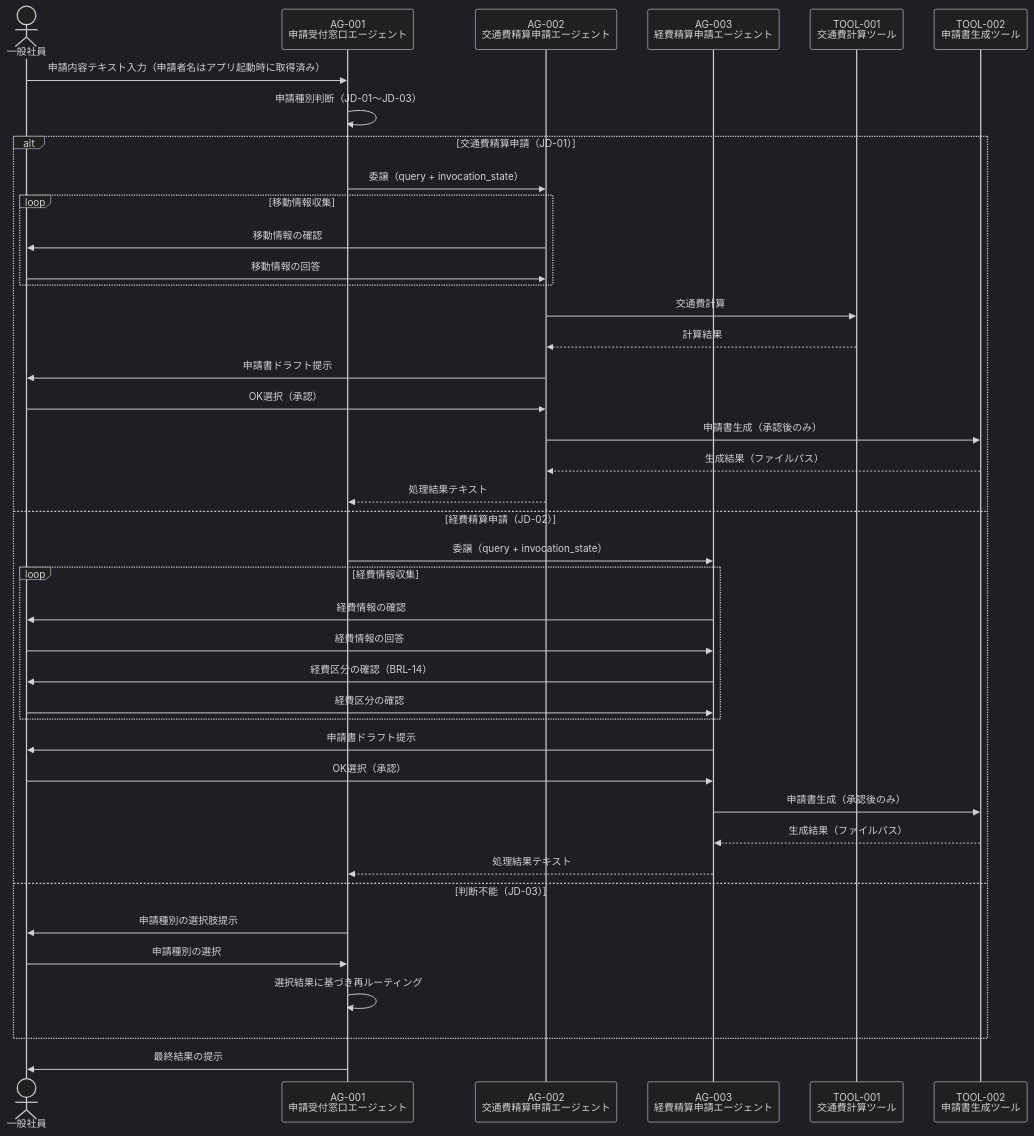
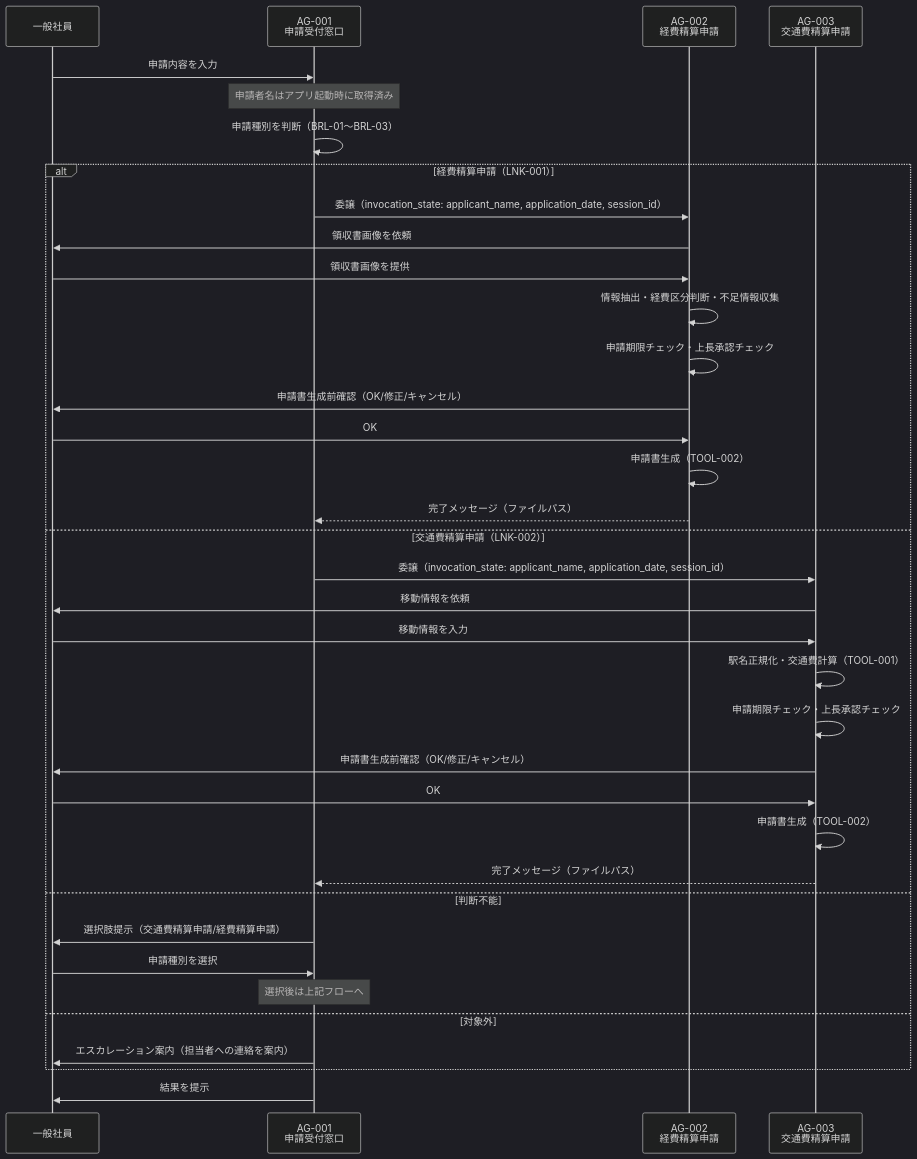
One commit to horii003/AIAgentBook changed the diagram in artifacts/03_system-design/outputs/マルチエージェント連携設計.md. Above: the diagram before and after it, drawn with Mermaid (dark theme). The commit also changed other lines of this file and 115 other files, not shown here.

````diff
--- a/artifacts/03_system-design/outputs/マルチエージェント連携設計.md
+++ b/artifacts/03_system-design/outputs/マルチエージェント連携設計.md
@@ -306,46 +320,40 @@
 ```mermaid
 sequenceDiagram
-    actor User as 一般社員
-    participant AG001 as AG-001<br/>申請受付窓口エージェント
-    participant AG002 as AG-002<br/>交通費精算申請エージェント
-    participant AG003 as AG-003<br/>経費精算申請エージェント
-    participant TOOL001 as TOOL-001<br/>交通費計算ツール
-    participant TOOL002 as TOOL-002<br/>申請書生成ツール
+    participant U as 一般社員
+    participant ORC as AG-001<br/>申請受付窓口
+    participant EXP as AG-002<br/>経費精算申請
+    participant TRV as AG-003<br/>交通費精算申請
 
-    User->>AG001: 申請内容テキスト入力（申請者名はアプリ起動時に取得済み）
-    AG001->>AG001: 申請種別判断（JD-01〜JD-03）
+    U->>ORC: 申請内容を入力
+    Note over ORC: 申請者名はアプリ起動時に取得済み
+    ORC->>ORC: 申請種別を判断（BRL-01〜BRL-03）
 
-    alt 交通費精算申請（JD-01）
-        AG001->>AG002: 委譲（query + invocation_state）
-        loop 移動情報収集
-            AG002->>User: 移動情報の確認
-            User->>AG002: 移動情報の回答
-        end
-        AG002->>TOOL001: 交通費計算
-        TOOL001-->>AG002: 計算結果
-        AG002->>User: 申請書ドラフト提示
-        User->>AG002: OK選択（承認）
-        AG002->>TOOL002: 申請書生成（承認後のみ）
-        TOOL002-->>AG002: 生成結果（ファイルパス）
-        AG002-->>AG001: 処理結果テキスト
-    else 経費精算申請（JD-02）
-        AG001->>AG003: 委譲（query + invocation_state）
-        loop 経費情報収集
-            AG003->>User: 経費情報の確認
-            User->>AG003: 経費情報の回答
-            AG003->>User: 経費区分の確認（BRL-14）
-            User->>AG003: 経費区分の確認
-        end
-        AG003->>User: 申請書ドラフト提示
-        User->>AG003: OK選択（承認）
-        AG003->>TOOL002: 申請書生成（承認後のみ）
-        TOOL002-->>AG003: 生成結果（ファイルパス）
-        AG003-->>AG001: 処理結果テキスト
-    else 判断不能（JD-03）
-        AG001->>User: 申請種別の選択肢提示
-        User->>AG001: 申請種別の選択
-        AG001->>AG001: 選択結果に基づき再ルーティング
+    alt 経費精算申請（LNK-001）
+        ORC->>EXP: 委譲（invocation_state: applicant_name, application_date, session_id）
+        EXP->>U: 領収書画像を依頼
+        U->>EXP: 領収書画像を提供
+        EXP->>EXP: 情報抽出・経費区分判断・不足情報収集
+        EXP->>EXP: 申請期限チェック・上長承認チェック
+        EXP->>U: 申請書生成前確認（OK/修正/キャンセル）
+        U->>EXP: OK
+        EXP->>EXP: 申請書生成（TOOL-002）
+        EXP-->>ORC: 完了メッセージ（ファイルパス）
+    else 交通費精算申請（LNK-002）
+        ORC->>TRV: 委譲（invocation_state: applicant_name, application_date, session_id）
+        TRV->>U: 移動情報を依頼
+        U->>TRV: 移動情報を入力
+        TRV->>TRV: 駅名正規化・交通費計算（TOOL-001）
+        TRV->>TRV: 申請期限チェック・上長承認チェック
+        TRV->>U: 申請書生成前確認（OK/修正/キャンセル）
+        U->>TRV: OK
+        TRV->>TRV: 申請書生成（TOOL-002）
+        TRV-->>ORC: 完了メッセージ（ファイルパス）
+    else 判断不能
+        ORC->>U: 選択肢提示（交通費精算申請/経費精算申請）
+        U->>ORC: 申請種別を選択
+        Note over ORC: 選択後は上記フローへ
+    else 対象外
+        ORC->>U: エスカレーション案内（担当者への連絡を案内）
     end
-
-    AG001->>User: 最終結果の提示
+    ORC->>U: 結果を提示
 ```
````
